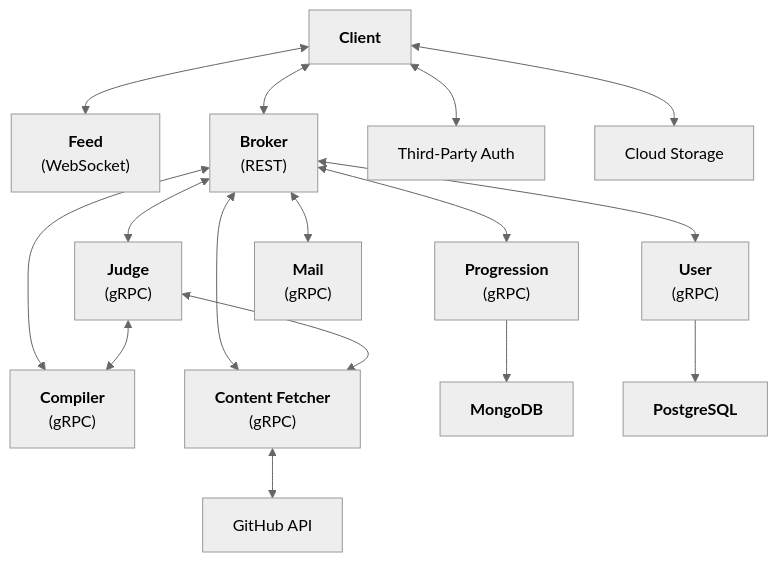
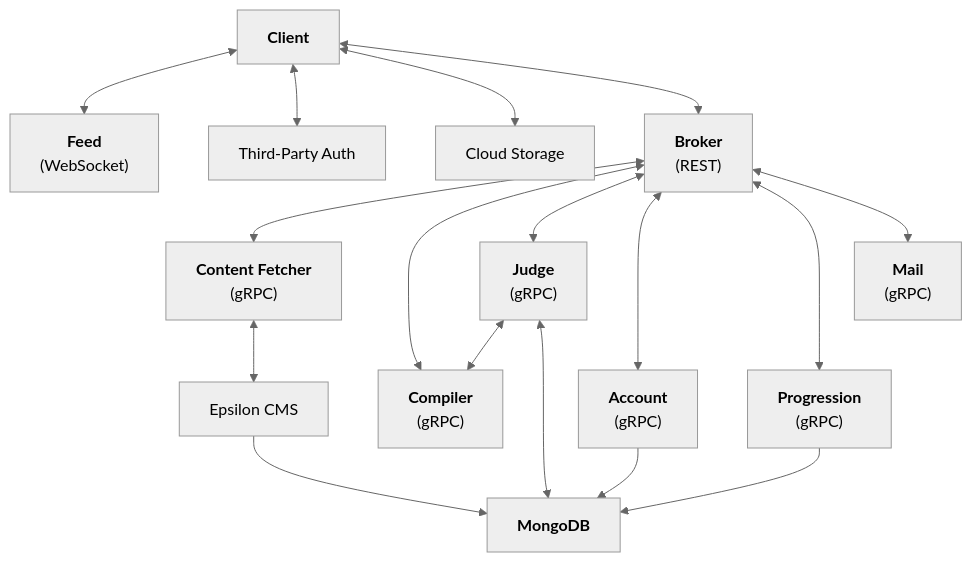
Before and after one commit to abyanmajid/picco: the diagram in README.md, drawn with Mermaid (neutral theme).

Commit message:
refactor: diagram

````diff
--- a/README.md
+++ b/README.md
@@ -12,35 +12,35 @@
 ```mermaid
 graph TD
     Client["<b>Client</b>"]
     Feed["<b>Feed</b><br>(WebSocket)"]
     Broker["<b>Broker</b><br>(REST)"]
     Auth["Third-Party Auth"]
     S3["Cloud Storage"]
-    GH["GitHub API"]
-    User["<b>User</b><br>(gRPC)"]
+    Epsilon["Epsilon CMS"]
+    Account["<b>Account</b><br>(gRPC)"]
     Progression["<b>Progression</b><br>(gRPC)"]
     Compiler["<b>Compiler</b><br>(gRPC)"]
     Judge["<b>Judge</b><br>(gRPC)"]
     CF["<b>Content Fetcher</b><br>(gRPC)"]
     Mail["<b>Mail</b><br>(gRPC)"]
     MongoDB["<b>MongoDB</b>"]
-    PostgreSQL["<b>PostgreSQL</b>"]
 
     Client <--> Feed
     Client <--> Auth
     Client <--> S3
     Client <--> Broker
 
     Broker <--> CF
     Broker <--> Compiler
     Broker <--> Judge
-    Broker <--> User
+    Broker <--> Account
     Broker <--> Progression
     Broker <--> Mail
 
-    User --> PostgreSQL
+    Account --> MongoDB
     Progression --> MongoDB
     Judge <--> Compiler
-    Judge <--> CF
-    CF <--> GH
+    Judge <--> MongoDB
+    CF <--> Epsilon
+    Epsilon --> MongoDB
 ```
````
